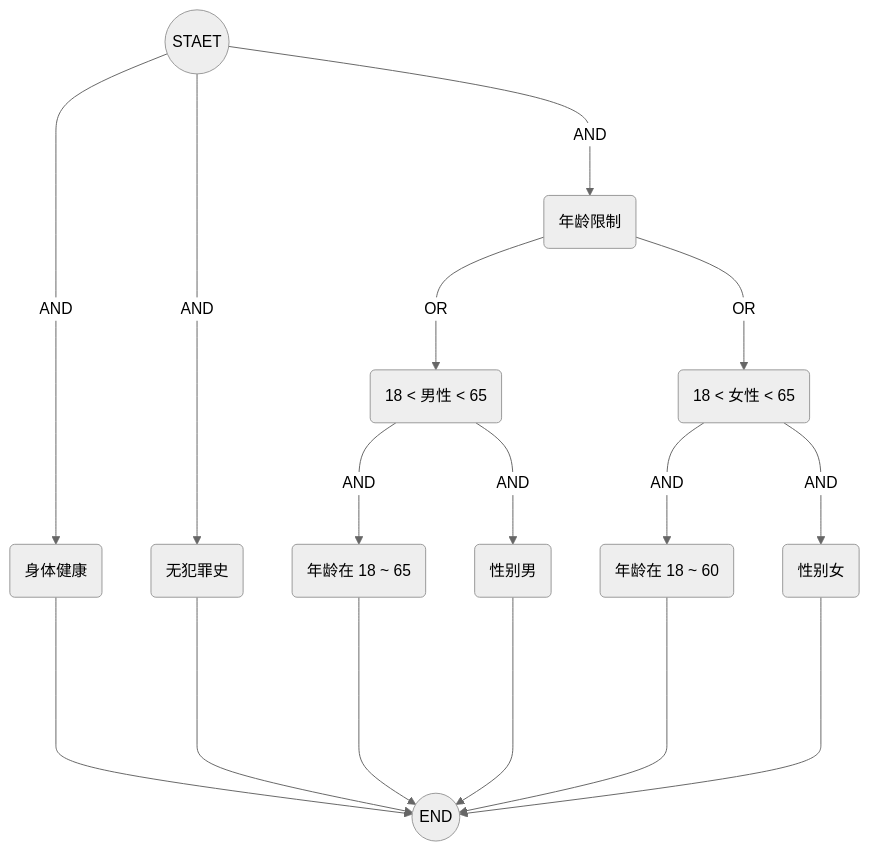
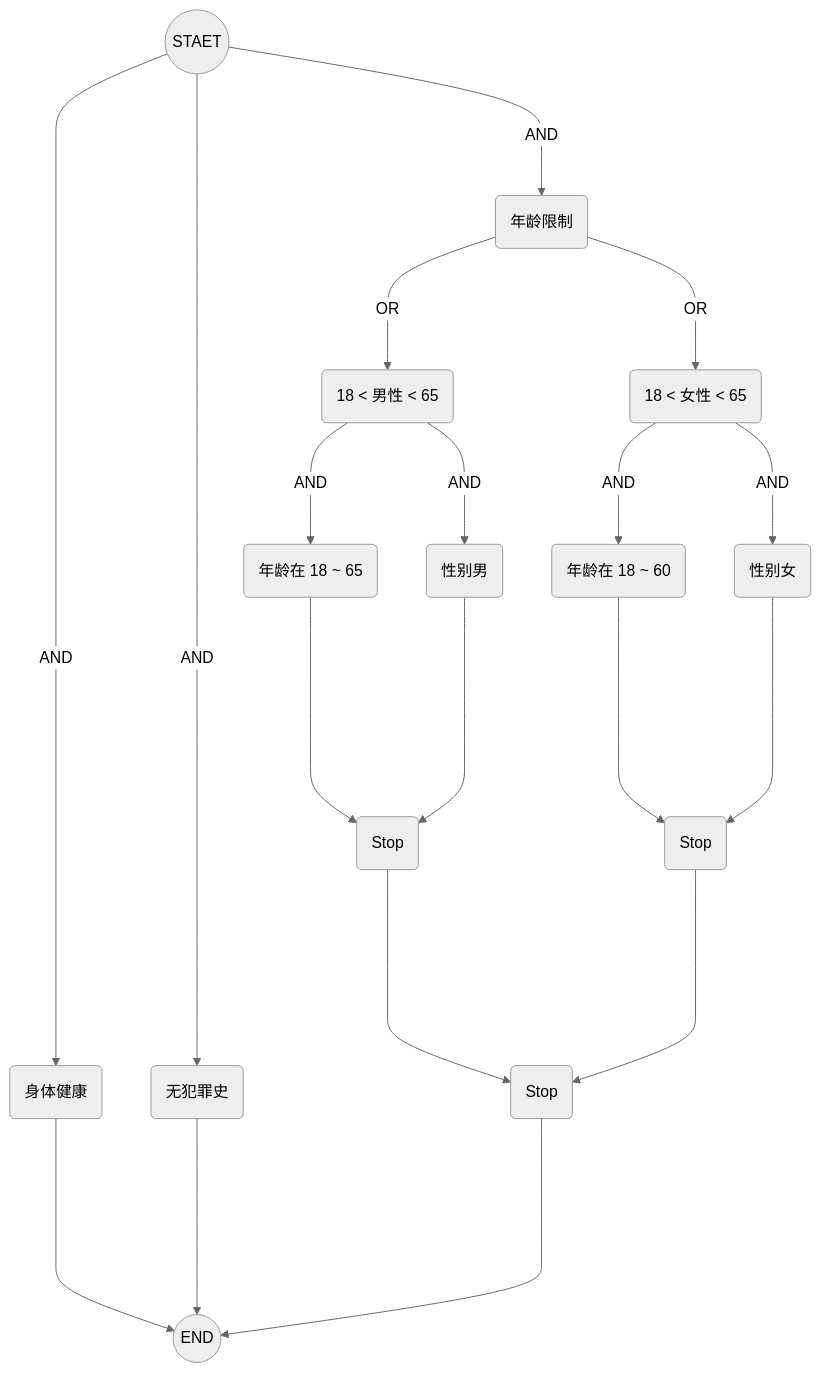
Before and after one commit to kalencaya/docs: the diagram in docs/2025/zh/interview/flink/cep/concept.md, drawn with Mermaid (neutral theme). The commit also changed other lines of this file, not shown here.

Commit message:
feature: update docs

````diff
--- a/docs/2025/zh/interview/flink/cep/concept.md
+++ b/docs/2025/zh/interview/flink/cep/concept.md
@@ -57,26 +57,31 @@
 ```mermaid
 flowchart TD;
 START((STAET));
 END((END));
 Health(身体健康);
 Criminal(无犯罪史);
-Man(18 < 男性 < 65);
-Woman(18 < 女性 < 65);
 
 START -- AND ---> Health;
 START -- AND ---> Criminal;
-START --AND ---> Age(年龄限制);
-Age -- OR ---> Man;
-Age -- OR ---> Woman;
-Man -- AND ---> Age_Man(年龄在 18 ~ 65);
-Man -- AND ---> Sex_Man(性别男);
-Woman -- AND ---> Age_Woman(年龄在 18 ~ 60);
-Woman -- AND ---> Sex_Woman(性别女);
+START --AND ---> Age_Start(年龄限制);
+
+Age_Start -- OR ---> Man_Start(18 < 男性 < 65);
+Man_Start -- AND ---> Age_Man(年龄在 18 ~ 65);
+Man_Start -- AND ---> Sex_Man(性别男);
+Age_Man -----> Man_Stop(Stop);
+Sex_Man -----> Man_Stop(Stop);
+
+Age_Start -- OR ---> Woman_Start(18 < 女性 < 65);
+Woman_Start -- AND ---> Age_Woman(年龄在 18 ~ 60);
+Woman_Start -- AND ---> Sex_Woman(性别女);
+Age_Woman -----> Woman_Stop(Stop);
+Sex_Woman -----> Woman_Stop(Stop);
+
+
+Man_Stop -----> Age_Stop(Stop);
+Woman_Stop -----> Age_Stop(Stop);
 
 Health -----> END;
 Criminal -----> END;
-Age_Man -----> END;
-Sex_Man -----> END;
-Age_Woman -----> END;
-Sex_Woman -----> END;
+Age_Stop -----> END;
 ```
````
